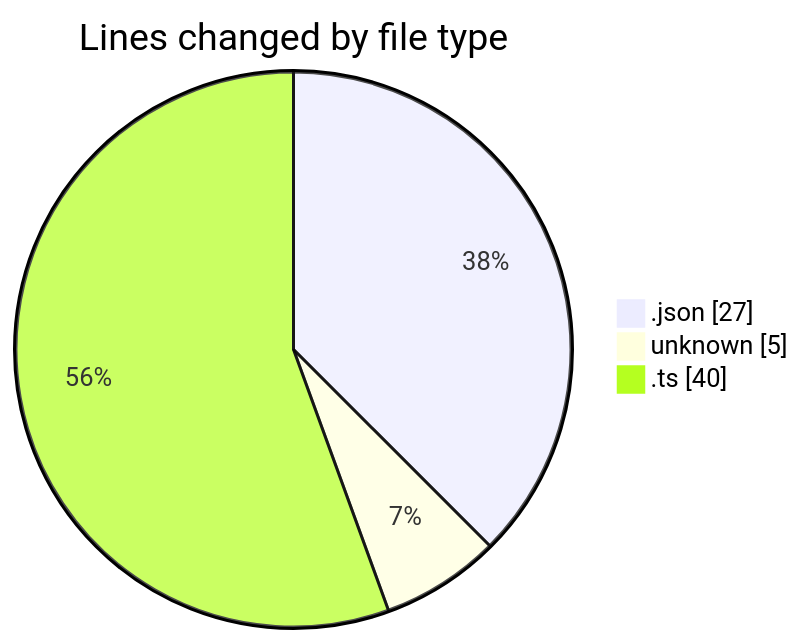
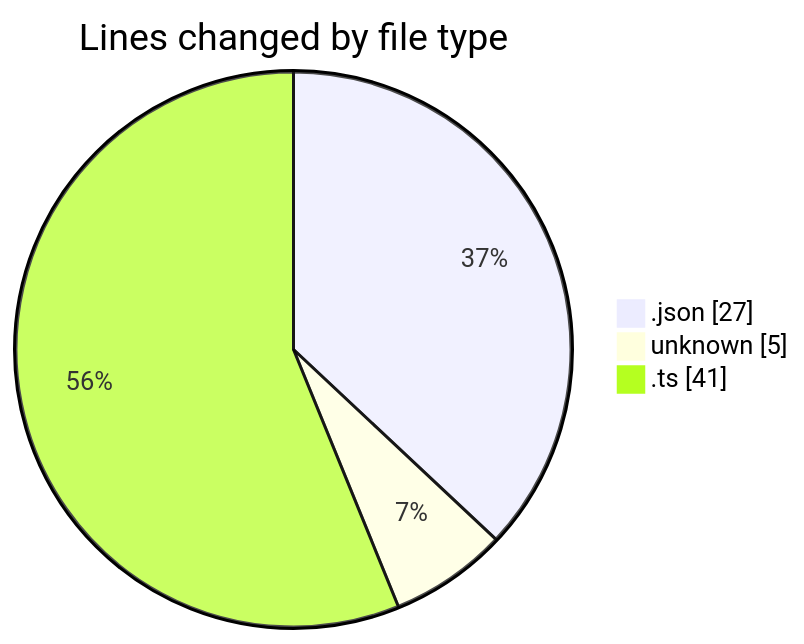
The first of 2 diagrams in 2026-01-05/budget-credit_back/README.md (igalym/code-tracking), drawn with Mermaid before and after one commit. The commit also changed other lines of this file and 1 other file, not shown here.

````diff
--- a/2026-01-05/budget-credit_back/README.md
+++ b/2026-01-05/budget-credit_back/README.md
@@ -22,7 +22,7 @@
 ```mermaid
 pie showData
 title Lines changed by file type
 ".json" : 27
 "unknown" : 5
-".ts" : 40
+".ts" : 41
 ```
````
